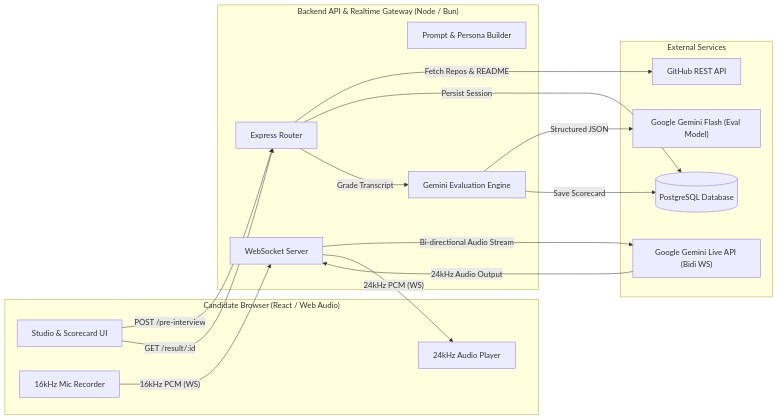
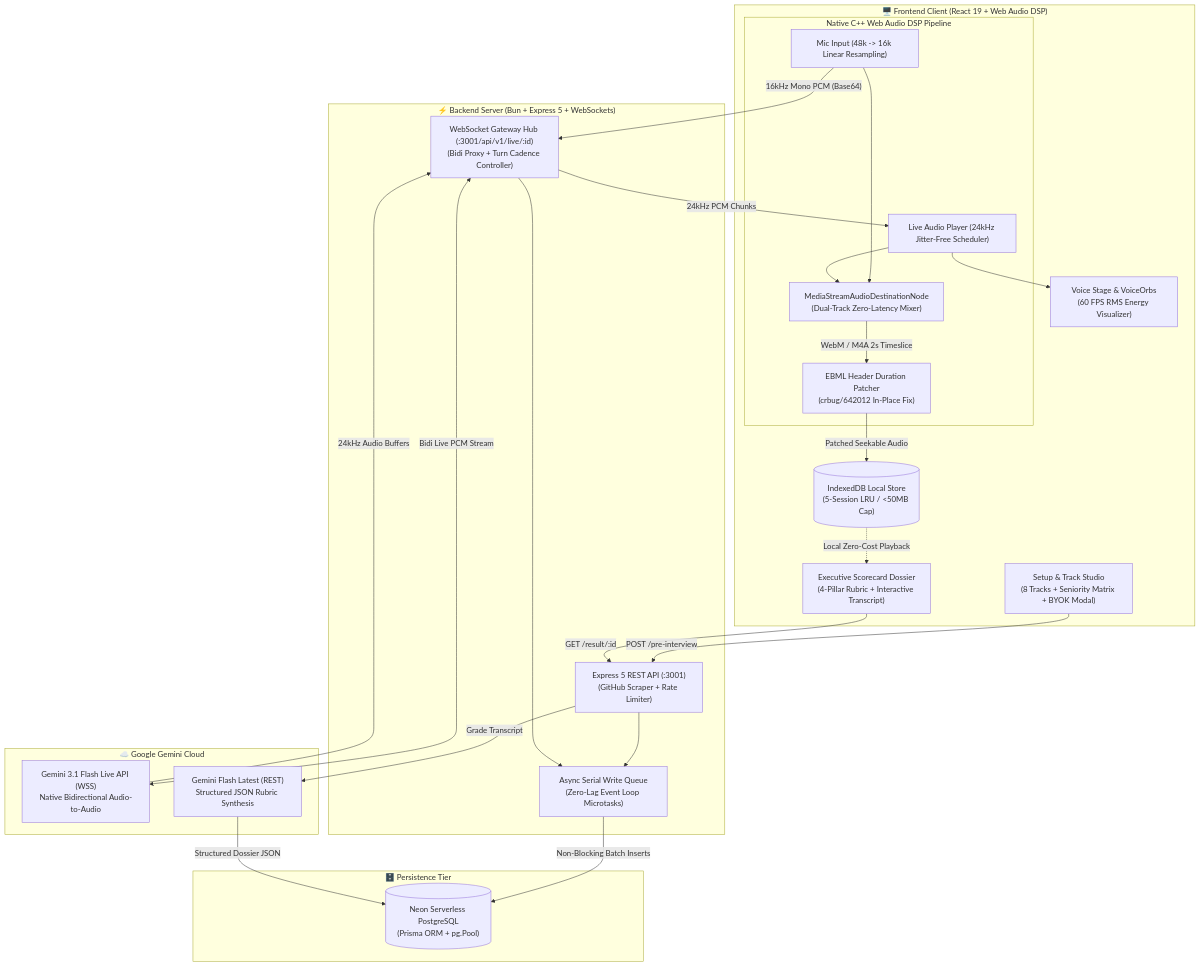
The diagram in docs/README.md (chirag-panjabi/ai-interviewer), drawn with Mermaid before and after one commit. The commit also changed other lines of this file and 1 other file, not shown here.

Commit message:
docs: add Chapter 10 links to root and docs READMEs and synchronize 3-tier architecture overview

````diff
--- a/docs/README.md
+++ b/docs/README.md
@@ -25,36 +26,55 @@
 ```mermaid
-flowchart LR
-    subgraph Browser ["Candidate Browser (React / Web Audio)"]
-        UI["Studio & Scorecard UI"]
-        Rec["16kHz Mic Recorder"]
-        Play["24kHz Audio Player"]
+flowchart TD
+    subgraph Client ["🖥️ Frontend Client (React 19 + Web Audio DSP)"]
+        UI["Setup & Track Studio<br/>(8 Tracks + Seniority Matrix + BYOK Modal)"]
+        VoiceStage["Voice Stage & VoiceOrbs<br/>(60 FPS RMS Energy Visualizer)"]
+        
+        subgraph ClientAudioEngine ["Native C++ Web Audio DSP Pipeline"]
+            MicNode["Mic Input (48k -> 16k Linear Resampling)"]
+            PlayerNode["Live Audio Player (24kHz Jitter-Free Scheduler)"]
+            DSPMixer["MediaStreamAudioDestinationNode<br/>(Dual-Track Zero-Latency Mixer)"]
+            EBMLPatcher["EBML Header Duration Patcher<br/>(crbug/642012 In-Place Fix)"]
+        end
+
+        IDB[("IndexedDB Local Store<br/>(5-Session LRU / <50MB Cap)")]
+        ScorecardUI["Executive Scorecard Dossier<br/>(4-Pillar Rubric + Interactive Transcript)"]
     end
 
-    subgraph Backend ["Backend API & Realtime Gateway (Node / Bun)"]
-        API["Express Router"]
-        WS["WebSocket Server"]
-        PromptEngine["Prompt & Persona Builder"]
-        EvalEngine["Gemini Evaluation Engine"]
+    subgraph Gateway ["⚡ Backend Server (Bun + Express 5 + WebSockets)"]
+        RESTRouter["Express 5 REST API (:3001)<br/>(GitHub Scraper + Rate Limiter)"]
+        WSHub["WebSocket Gateway Hub (:3001/api/v1/live/:id)<br/>(Bidi Proxy + Turn Cadence Controller)"]
+        DBQueue["Async Serial Write Queue<br/>(Zero-Lag Event Loop Microtasks)"]
     end
 
-    subgraph External ["External Services"]
-        GeminiLive["Google Gemini Live API (Bidi WS)"]
-        GeminiEval["Google Gemini Flash (Eval Model)"]
-        GitHub["GitHub REST API"]
-        Postgres[("PostgreSQL Database")]
+    subgraph DataTier ["🗄️ Persistence Tier"]
+        PostgresDB[("Neon Serverless PostgreSQL<br/>(Prisma ORM + pg.Pool)")]
     end
 
-    UI -->|"POST /pre-interview"| API
-    API -->|"Fetch Repos & README"| GitHub
-    API -->|"Persist Session"| Postgres
-    
-    Rec -->|"16kHz PCM (WS)"| WS
-    WS -->|"Bi-directional Audio Stream"| GeminiLive
-    GeminiLive -->|"24kHz Audio Output"| WS
-    WS -->|"24kHz PCM (WS)"| Play
+    subgraph CloudAI ["☁️ Google Gemini Cloud"]
+        GeminiLive["Gemini 3.1 Flash Live API (WSS)<br/>Native Bidirectional Audio-to-Audio"]
+        GeminiFlash["Gemini Flash Latest (REST)<br/>Structured JSON Rubric Synthesis"]
+    end
 
-    UI -->|"GET /result/:id"| API
-    API -->|"Grade Transcript"| EvalEngine
-    EvalEngine -->|"Structured JSON"| GeminiEval
-    EvalEngine -->|"Save Scorecard"| Postgres
+    %% Edge Connections - Realtime Stream
+    MicNode -->|"16kHz Mono PCM (Base64)"| WSHub
+    WSHub <-->|"Bidi Live PCM Stream"| GeminiLive
+    GeminiLive -->|"24kHz Audio Buffers"| WSHub
+    WSHub -->|"24kHz PCM Chunks"| PlayerNode
+    PlayerNode --> VoiceStage
+
+    %% Edge Connections - Local DSP & Recording
+    MicNode --> DSPMixer
+    PlayerNode --> DSPMixer
+    DSPMixer -->|"WebM / M4A 2s Timeslice"| EBMLPatcher
+    EBMLPatcher -->|"Patched Seekable Audio"| IDB
+    IDB -.->|"Local Zero-Cost Playback"| ScorecardUI
+
+    %% Edge Connections - Setup & Evaluation
+    UI -->|"POST /pre-interview"| RESTRouter
+    RESTRouter --> DBQueue
+    WSHub --> DBQueue
+    DBQueue -->|"Non-Blocking Batch Inserts"| PostgresDB
+    ScorecardUI -->|"GET /result/:id"| RESTRouter
+    RESTRouter -->|"Grade Transcript"| GeminiFlash
+    GeminiFlash -->|"Structured Dossier JSON"| PostgresDB
 ```
````
